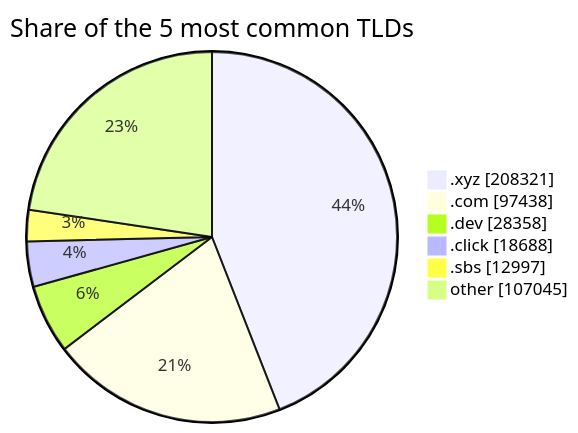
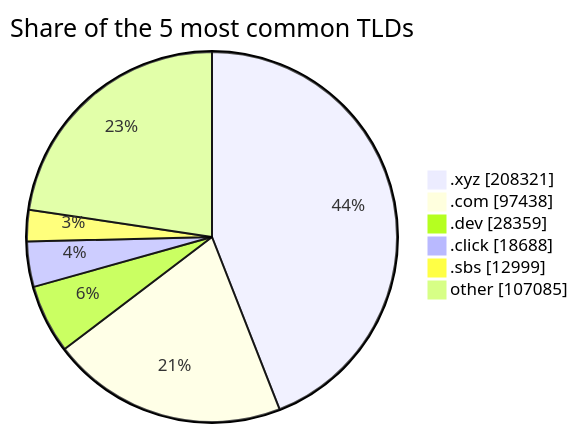
Before and after one commit to DNSBunker/CTI: the second of 2 diagrams in README.md, drawn with Mermaid. The commit also changed other lines of this file and 3 other files, not shown here.

````diff
--- a/README.md
+++ b/README.md
@@ -72,9 +72,9 @@
 ```mermaid
 pie showData title Share of the 5 most common TLDs
     ".xyz" : 208321
     ".com" : 97438
-    ".dev" : 28358
+    ".dev" : 28359
     ".click" : 18688
-    ".sbs" : 12997
-    "other" : 107045
+    ".sbs" : 12999
+    "other" : 107085
 ```
````
